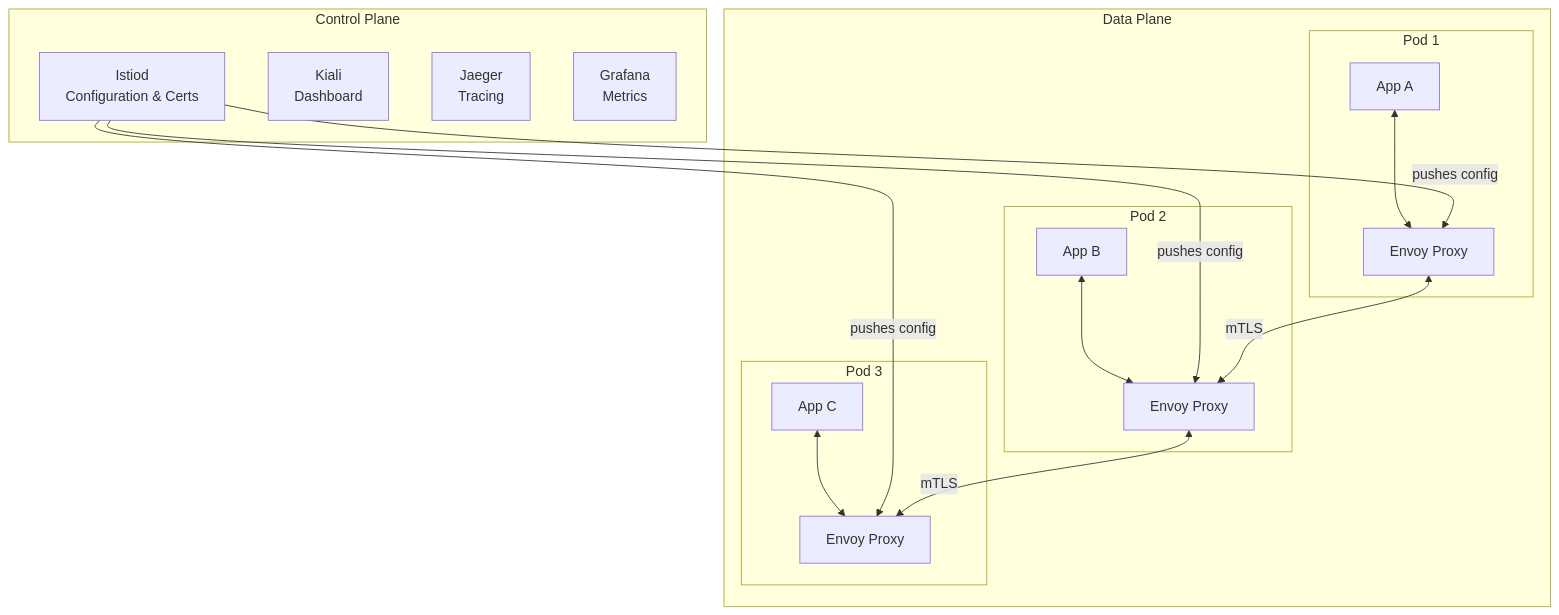
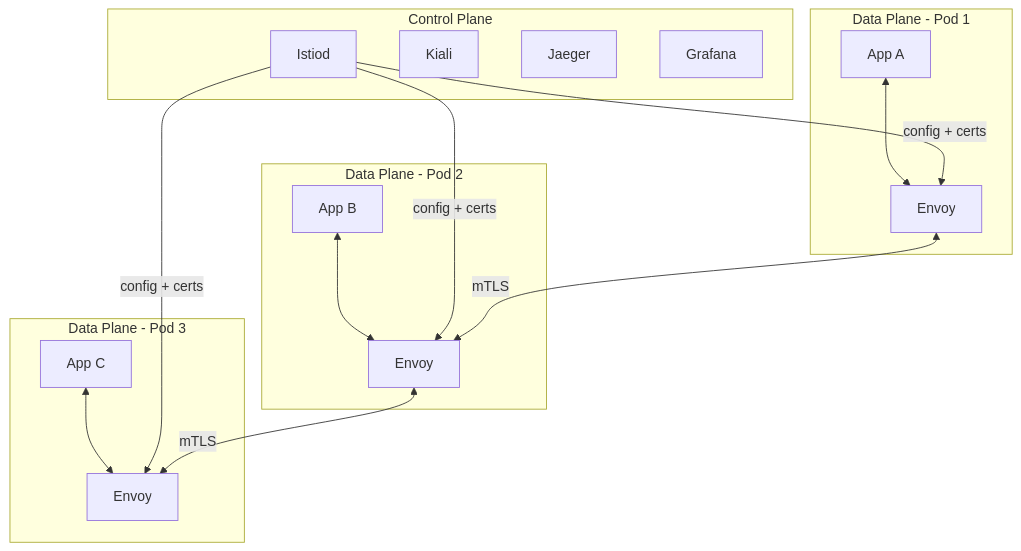
One commit to AnupamSinha/anupamsinha.github.io changed the third of 11 diagrams in _posts/2026-08-10-service-mesh-vs-helm-openshift-deployment.md. Above: the diagram before and after it, drawn with Mermaid. The commit also changed other lines of this file, not shown here.

Commit message:
post: fix Mermaid diagram labels to prevent text overlap

````diff
--- a/_posts/2026-08-10-service-mesh-vs-helm-openshift-deployment.md
+++ b/_posts/2026-08-10-service-mesh-vs-helm-openshift-deployment.md
@@ -155,25 +155,23 @@
 ```mermaid
 graph TB
-    subgraph Control Plane
-        Istiod[Istiod<br/>Configuration & Certs]
-        Kiali[Kiali<br/>Dashboard]
-        Jaeger[Jaeger<br/>Tracing]
-        Grafana[Grafana<br/>Metrics]
+    subgraph "Control Plane"
+        Istiod[Istiod]
+        Kiali[Kiali]
+        Jaeger[Jaeger]
+        Grafana[Grafana]
     end
-    subgraph Data Plane
-        subgraph Pod 1
-            App1[App A] <--> Envoy1[Envoy Proxy]
-        end
-        subgraph Pod 2
-            App2[App B] <--> Envoy2[Envoy Proxy]
-        end
-        subgraph Pod 3
-            App3[App C] <--> Envoy3[Envoy Proxy]
-        end
+    subgraph "Data Plane - Pod 1"
+        App1[App A] <--> Envoy1[Envoy]
     end
-    Istiod -->|pushes config| Envoy1
-    Istiod -->|pushes config| Envoy2
-    Istiod -->|pushes config| Envoy3
+    subgraph "Data Plane - Pod 2"
+        App2[App B] <--> Envoy2[Envoy]
+    end
+    subgraph "Data Plane - Pod 3"
+        App3[App C] <--> Envoy3[Envoy]
+    end
+    Istiod -->|config + certs| Envoy1
+    Istiod -->|config + certs| Envoy2
+    Istiod -->|config + certs| Envoy3
     Envoy1 <-->|mTLS| Envoy2
     Envoy2 <-->|mTLS| Envoy3
 ```
````
